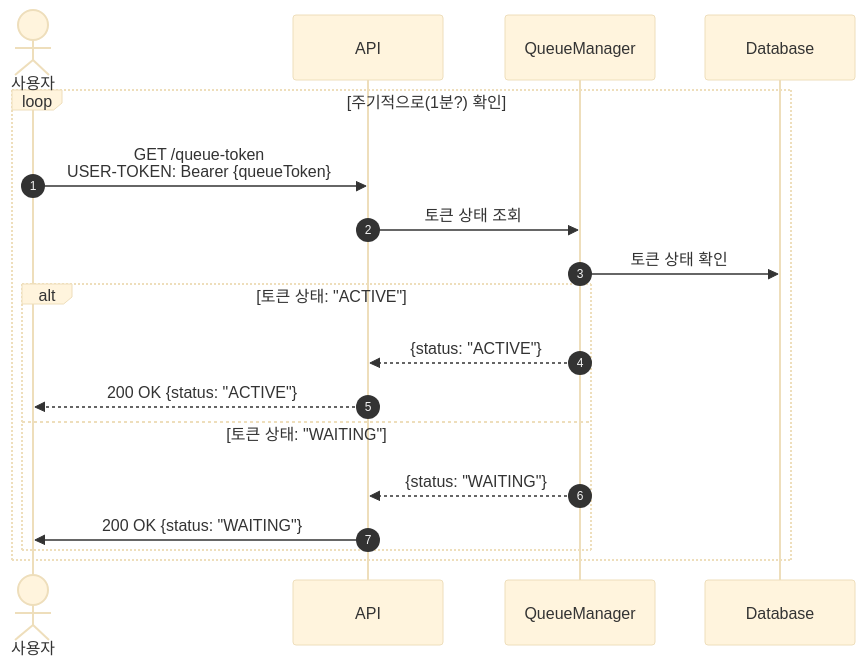
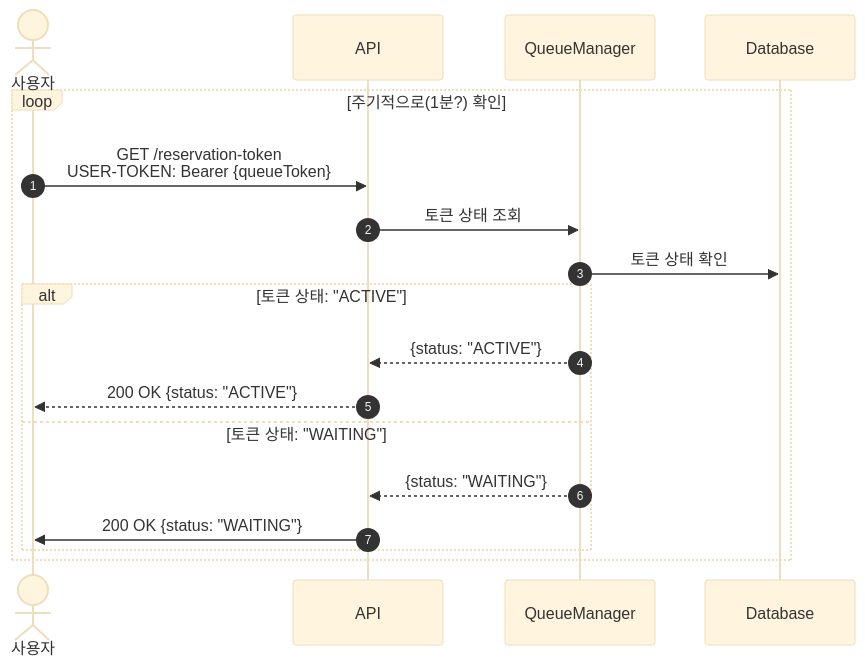
The second of 10 diagrams in docs/sequence-diagram/sequence.md (ydj515/concert-reservation-service), drawn with Mermaid (base theme) before and after one commit. The commit also changed other lines of this file and 6 other files, not shown here.

````diff
--- a/docs/sequence-diagram/sequence.md
+++ b/docs/sequence-diagram/sequence.md
@@ -18,22 +18,22 @@
 ```mermaid
 sequenceDiagram
     autonumber
     actor User as 사용자
     participant API
     participant QueueManager
     participant Database
 
     loop 주기적으로(1분?) 확인
-        User ->> API: GET /queue-token<br/> USER-TOKEN: Bearer {queueToken}
+        User ->> API: GET /reservation-token<br/> USER-TOKEN: Bearer {queueToken}
         API ->> QueueManager: 토큰 상태 조회
         QueueManager ->> Database: 토큰 상태 확인
         
         alt 토큰 상태: "ACTIVE"
             QueueManager -->> API: {status: "ACTIVE"}
             API -->> User: 200 OK {status: "ACTIVE"}
         else 토큰 상태: "WAITING"
             QueueManager -->> API: {status: "WAITING"}
             API ->> User: 200 OK {status: "WAITING"}
         end
     end
 ```
````
